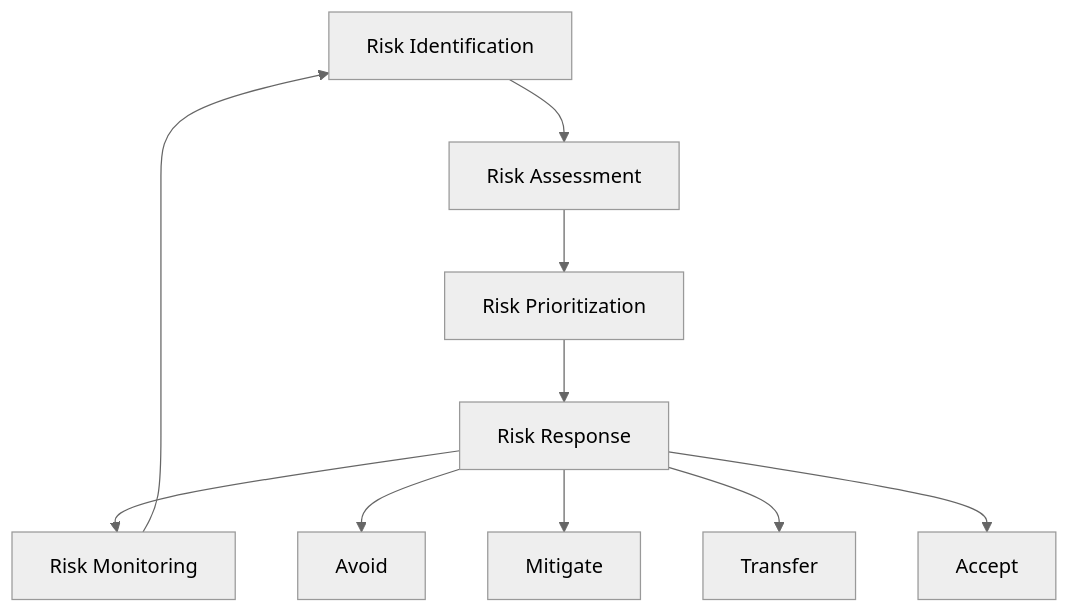
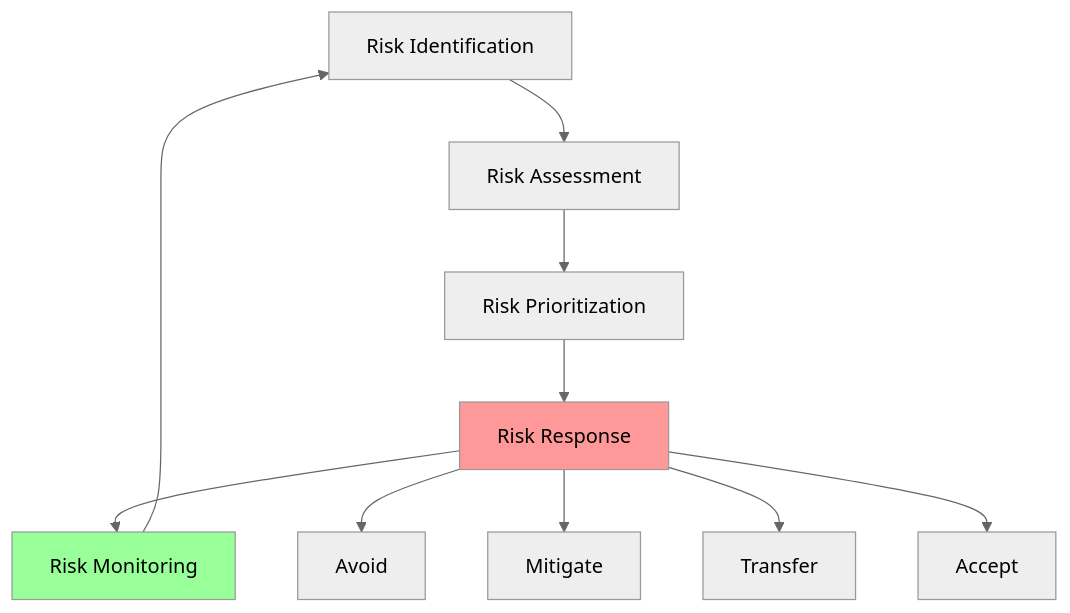
Before and after one commit to Robbbo-T/A-Q-U-A_V: the fifth of 6 diagrams in README.md, drawn with Mermaid (neutral theme). The commit also changed other lines of this file, not shown here.

````diff
--- a/README.md
+++ b/README.md
@@ -812,13 +590,22 @@
 ```mermaid
 graph TD
-    IDENTIFY[Risk Identification] --> ASSESS[Risk Assessment]
-    ASSESS --> PRIORITIZE[Risk Prioritization]
-    PRIORITIZE --> RESPOND[Risk Response]
-    RESPOND --> MONITOR[Risk Monitoring]
+    IDENTIFY[Risk Identification]
+    ASSESS[Risk Assessment]
+    PRIORITIZE[Risk Prioritization]
+    RESPOND[Risk Response]
+    MONITOR[Risk Monitoring]
+    
+    IDENTIFY --> ASSESS
+    ASSESS --> PRIORITIZE
+    PRIORITIZE --> RESPOND
+    RESPOND --> MONITOR
     MONITOR --> IDENTIFY
     
     RESPOND --> AVOID[Avoid]
     RESPOND --> MITIGATE[Mitigate]
     RESPOND --> TRANSFER[Transfer]
     RESPOND --> ACCEPT[Accept]
+    
+    style RESPOND fill:#ff9999
+    style MONITOR fill:#99ff99
 ```
````
